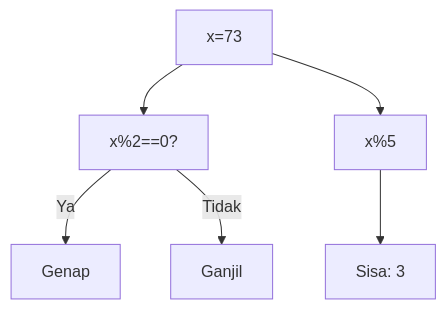
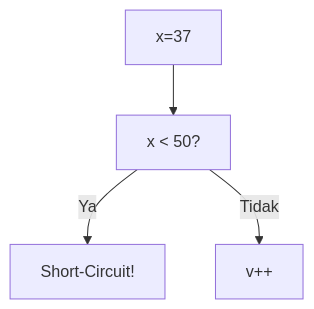
Before and after one commit to amnahwaida/OSNK_INF_PREP: the sixth of 25 diagrams in part-c-pemahaman-cpp/02-percabangan/latihan/set-10.md, drawn with Mermaid. The commit also changed other lines of this file and 71 other files, not shown here.

````diff
--- a/part-c-pemahaman-cpp/02-percabangan/latihan/set-10.md
+++ b/part-c-pemahaman-cpp/02-percabangan/latihan/set-10.md
@@ -142,8 +162,6 @@
 ```mermaid
 graph TD
-A["x=73"] --> B["x%2==0?"]
-B -- Ya --> C["Genap"]
-B -- Tidak --> D["Ganjil"]
-A --> E["x%5"]
-E --> F["Sisa: 3"]
+A["x=37"] --> B["x < 50?"]
+B -- Ya --> C["Short-Circuit!"]
+B -- Tidak --> D["v++"]
 ```
````
